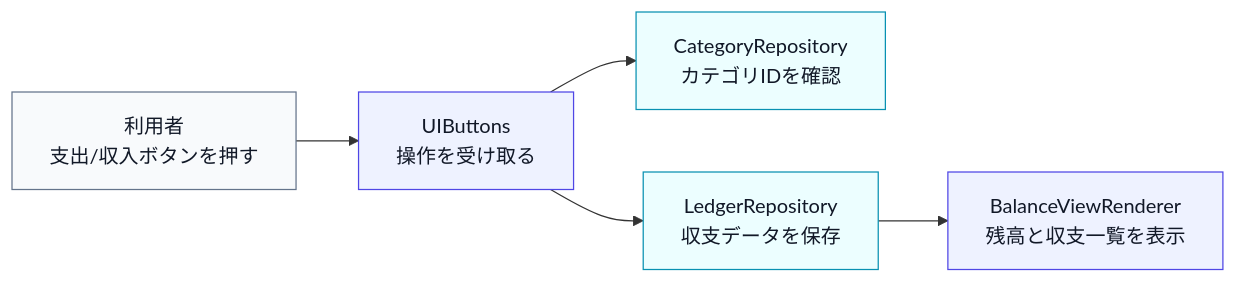
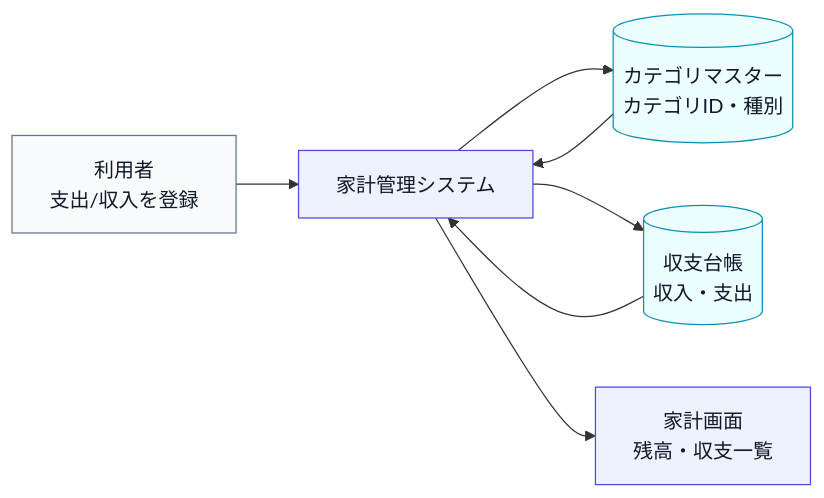
One commit to kumachan1101-pixel/DesignPattern changed the first of 15 diagrams in kindle/design-patterns/output/chapter05.md. Above: the diagram before and after it, drawn with Mermaid. The commit also changed other lines of this file and 14 other files, not shown here.

Commit message:
全章の仕様図と変更対象外基盤を整合

````diff
--- a/kindle/design-patterns/output/chapter05.md
+++ b/kindle/design-patterns/output/chapter05.md
@@ -52,14 +52,16 @@
 ```mermaid
 flowchart LR
-    U["利用者<br>支出/収入ボタンを押す"] --> B["UIButtons<br>操作を受け取る"]
-    B --> C["CategoryRepository<br>カテゴリIDを確認"]
-    B --> L["LedgerRepository<br>収支データを保存"]
-    L --> R["BalanceViewRenderer<br>残高と収支一覧を表示"]
+    U["利用者<br>支出/収入を登録"] --> B["家計管理システム"]
+    B --> C[("カテゴリマスター<br>カテゴリID・種別")]
+    C --> B
+    B --> L[("収支台帳<br>収入・支出")]
+    L --> B
+    B --> R["家計画面<br>残高・収支一覧"]
 
     classDef actor fill:#f8fafc,stroke:#64748b,color:#111827;
     classDef data fill:#ecfeff,stroke:#0891b2,color:#111827;
     classDef boundary fill:#eef2ff,stroke:#4f46e5,color:#111827;
     class U actor;
     class C,L data;
     class B,R boundary;
 ```
````
